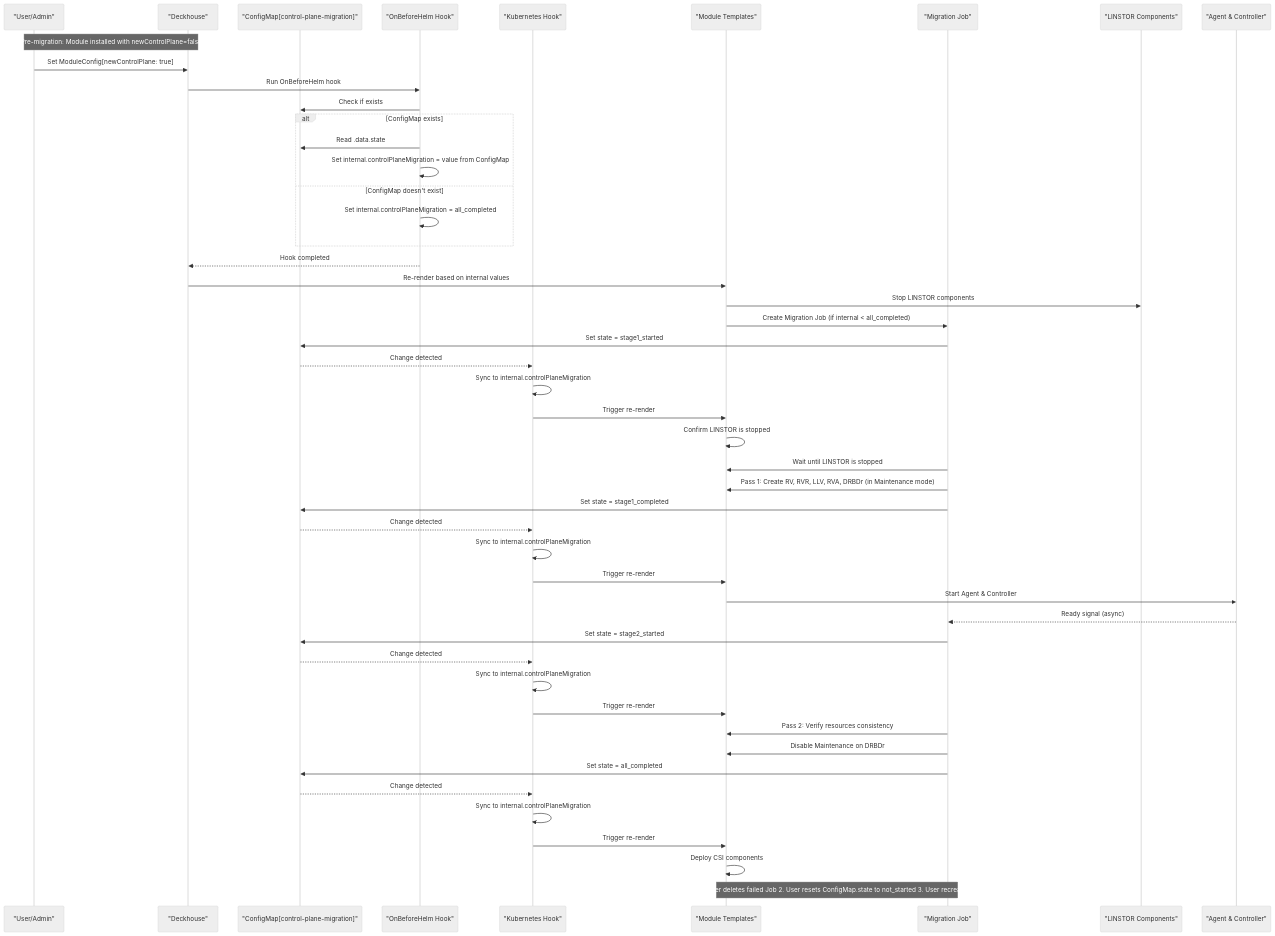
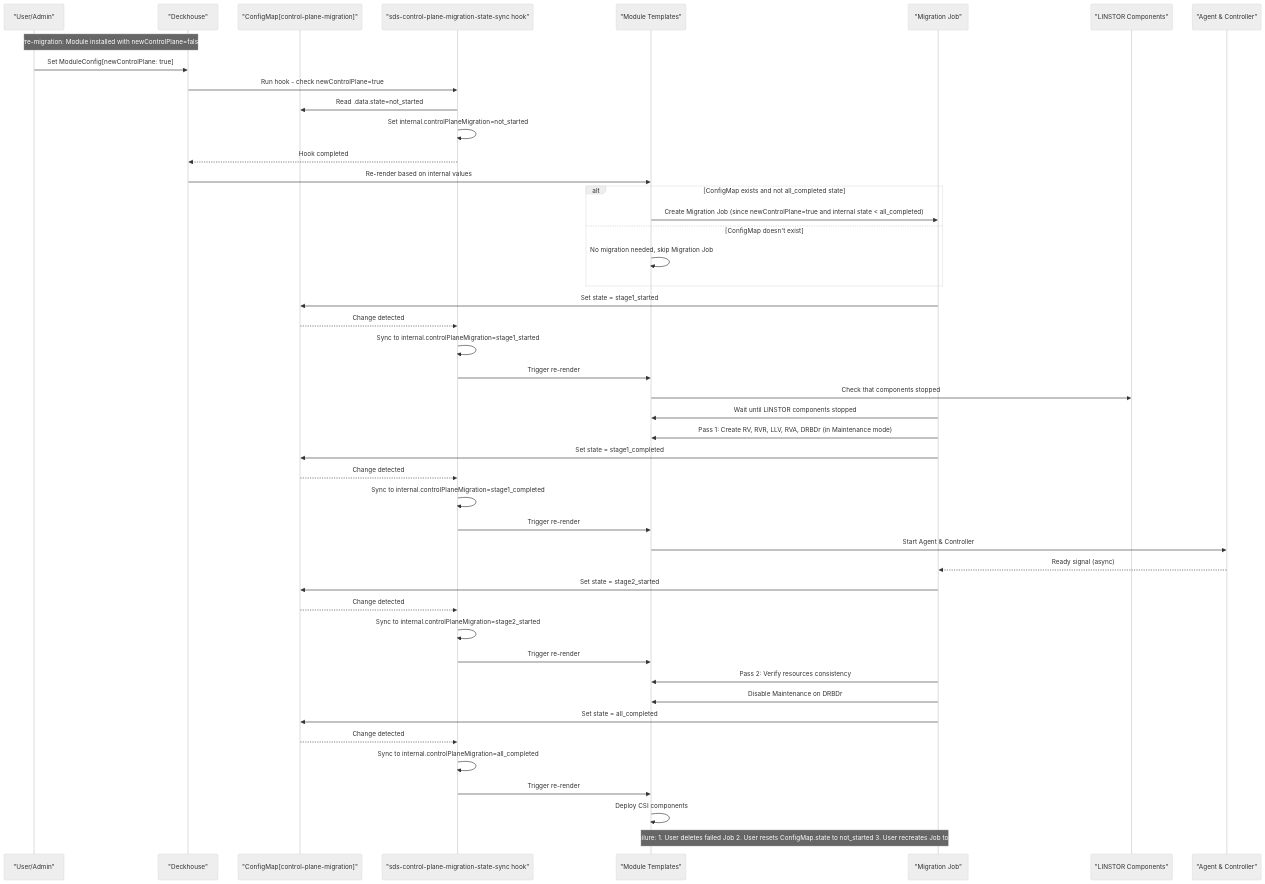
Before and after one commit to deckhouse/sds-replicated-volume: the third of 3 diagrams in docs/dev/CONTROL_PLANE_MIGRATION.md, drawn with Mermaid (neutral theme). The commit also changed other lines of this file, not shown here.

Commit message:
remove OnBeforeHelm hook

````diff
--- a/docs/dev/CONTROL_PLANE_MIGRATION.md
+++ b/docs/dev/CONTROL_PLANE_MIGRATION.md
@@ -47,55 +62,53 @@
 ```mermaid
 sequenceDiagram
     participant User as "User/Admin"
     participant DH as "Deckhouse"
     participant ConfigMap as "ConfigMap[control-plane-migration]"
-    participant OBH as "OnBeforeHelm Hook"
-    participant K8sHook as "Kubernetes Hook"
+    participant K8sHook as "sds-control-plane-migration-state-sync hook"
     participant Templates as "Module Templates"
     participant MigrJob as "Migration Job"
     participant LINSTOR as "LINSTOR Components"
     participant AgentCtrl as "Agent & Controller"
 
     Note over User,DH: Pre-migration: Module installed with newControlPlane=false
     
     User->>DH: Set ModuleConfig[newControlPlane: true]
-    DH->>OBH: Run OnBeforeHelm hook
-    OBH->>ConfigMap: Check if exists
-    alt ConfigMap exists
-        OBH->>ConfigMap: Read .data.state
-        OBH->>OBH: Set internal.controlPlaneMigration = value from ConfigMap
+    DH->>K8sHook: Run hook - check newControlPlane=true
+    K8sHook->>ConfigMap: Read .data.state=not_started
+    K8sHook->>K8sHook: Set internal.controlPlaneMigration=not_started
+    K8sHook-->>DH: Hook completed
+    DH->>Templates: Re-render based on internal values
+    
+    alt ConfigMap exists and not all_completed state
+        Templates->>MigrJob: Create Migration Job (since newControlPlane=true and internal state < all_completed)
     else ConfigMap doesn't exist
-        OBH->>OBH: Set internal.controlPlaneMigration = all_completed
+        Templates->>Templates: No migration needed, skip Migration Job
     end
-    OBH-->>DH: Hook completed
-    DH->>Templates: Re-render based on internal values
-    Templates->>LINSTOR: Stop LINSTOR components
-    Templates->>MigrJob: Create Migration Job (if internal < all_completed)
     
     MigrJob->>ConfigMap: Set state = stage1_started
     ConfigMap-->>K8sHook: Change detected
-    K8sHook->>K8sHook: Sync to internal.controlPlaneMigration
+    K8sHook->>K8sHook: Sync to internal.controlPlaneMigration=stage1_started
     K8sHook->>Templates: Trigger re-render
-    Templates->>Templates: Confirm LINSTOR is stopped
-    MigrJob->>Templates: Wait until LINSTOR is stopped
+    Templates->>LINSTOR: Check that components stopped
+    MigrJob->>Templates: Wait until LINSTOR components stopped
     MigrJob->>Templates: Pass 1: Create RV, RVR, LLV, RVA, DRBDr (in Maintenance mode)
     MigrJob->>ConfigMap: Set state = stage1_completed
     ConfigMap-->>K8sHook: Change detected
-    K8sHook->>K8sHook: Sync to internal.controlPlaneMigration
+    K8sHook->>K8sHook: Sync to internal.controlPlaneMigration=stage1_completed
     K8sHook->>Templates: Trigger re-render
     Templates->>AgentCtrl: Start Agent & Controller
     AgentCtrl-->>MigrJob: Ready signal (async)
     MigrJob->>ConfigMap: Set state = stage2_started
     ConfigMap-->>K8sHook: Change detected
-    K8sHook->>K8sHook: Sync to internal.controlPlaneMigration
+    K8sHook->>K8sHook: Sync to internal.controlPlaneMigration=stage2_started
     K8sHook->>Templates: Trigger re-render
     MigrJob->>Templates: Pass 2: Verify resources consistency
     MigrJob->>Templates: Disable Maintenance on DRBDr
     MigrJob->>ConfigMap: Set state = all_completed
     ConfigMap-->>K8sHook: Change detected
-    K8sHook->>K8sHook: Sync to internal.controlPlaneMigration
+    K8sHook->>K8sHook: Sync to internal.controlPlaneMigration=all_completed
     K8sHook->>Templates: Trigger re-render
     Templates->>Templates: Deploy CSI components
 
     Note over MigrJob,Templates: On failure: 1. User deletes failed Job 2. User resets ConfigMap.state to not_started 3. User recreates Job to retry
 ```
````
